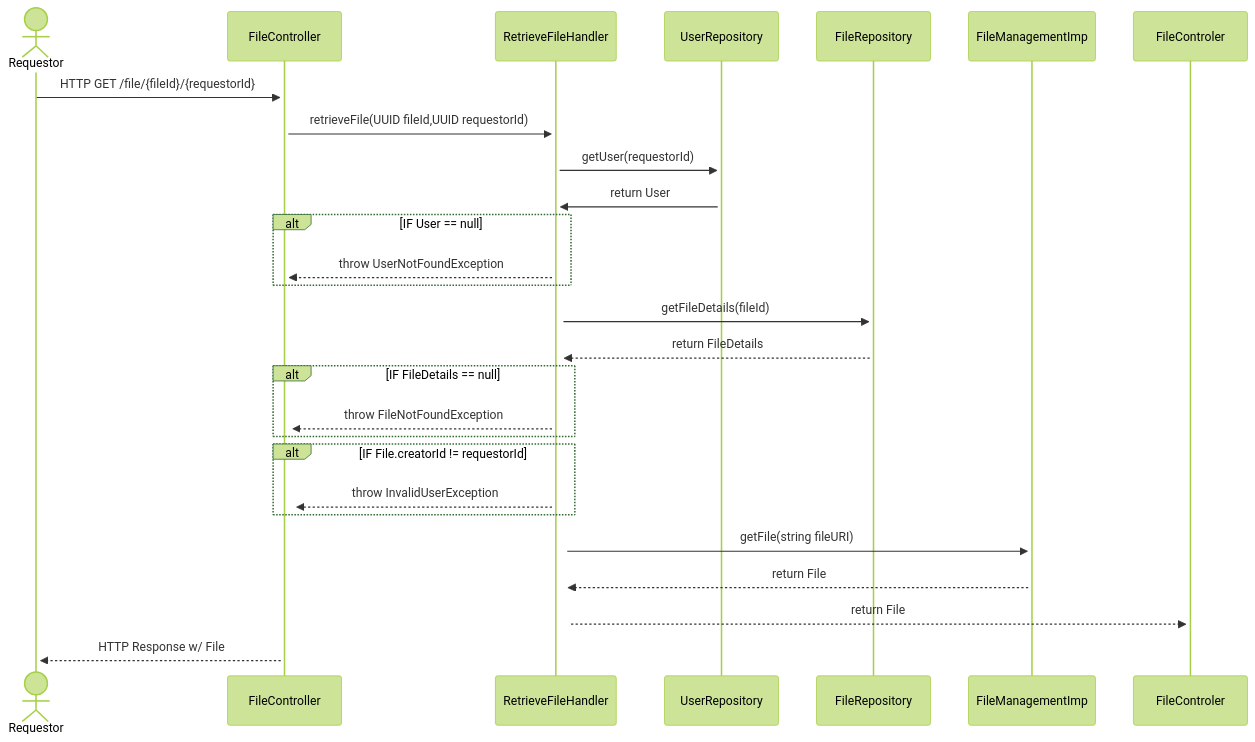
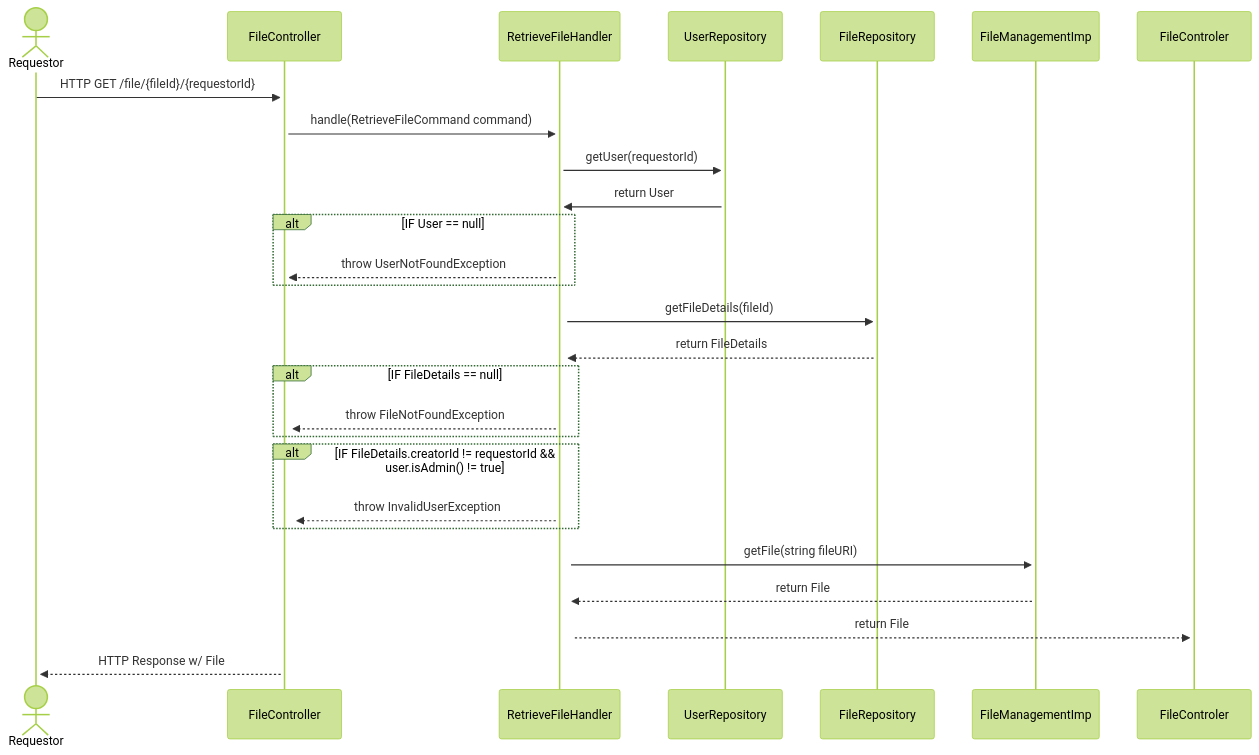
Before and after one commit to patrickSlaine/Java-Cloud-Storage: the sixth of 7 diagrams in docs/pages/design/sequenceDiagrams.md, drawn with Mermaid (forest theme). The commit also changed other lines of this file, not shown here.

Commit message:
Sequence Diagrams

````diff
--- a/docs/pages/design/sequenceDiagrams.md
+++ b/docs/pages/design/sequenceDiagrams.md
@@ -108,27 +108,27 @@
 ```mermaid
 sequenceDiagram
     actor Requestor
     Requestor ->>+ FileController: HTTP GET /file/{fileId}/{requestorId}
-    FileController ->>+ RetrieveFileHandler: retrieveFile(UUID fileId,UUID requestorId)
+    FileController ->>+ RetrieveFileHandler: handle(RetrieveFileCommand command)
     RetrieveFileHandler ->>+ UserRepository: getUser(requestorId)
     UserRepository ->>+ RetrieveFileHandler: return User
     alt IF User == null
         RetrieveFileHandler -->>+ FileController: throw UserNotFoundException
     end
 
     RetrieveFileHandler ->>+ FileRepository: getFileDetails(fileId)
     FileRepository -->>+ RetrieveFileHandler: return FileDetails
     alt IF FileDetails == null
         RetrieveFileHandler -->>+ FileController: throw FileNotFoundException
     end
 
-    alt IF File.creatorId != requestorId
+    alt IF FileDetails.creatorId != requestorId && user.isAdmin() != true
         RetrieveFileHandler -->>+ FileController: throw InvalidUserException
     end
 
     RetrieveFileHandler ->>+ FileManagementImp: getFile(string fileURI)
     FileManagementImp -->>+ RetrieveFileHandler: return File
 
     RetrieveFileHandler -->>+ FileControler: return File
     FileController -->>+ Requestor: HTTP Response w/ File
 ```
````
